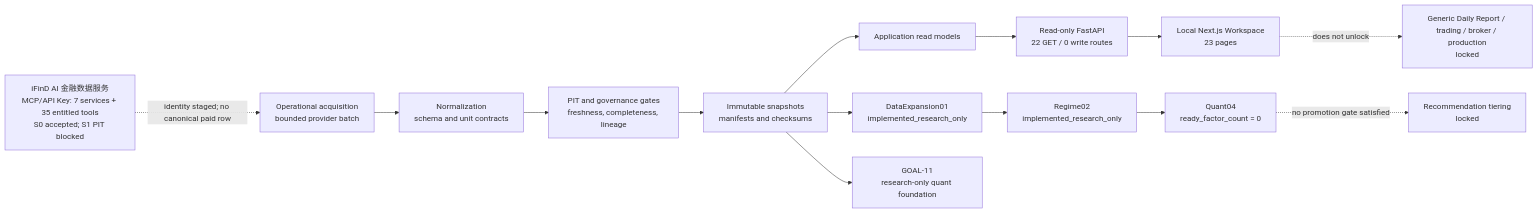
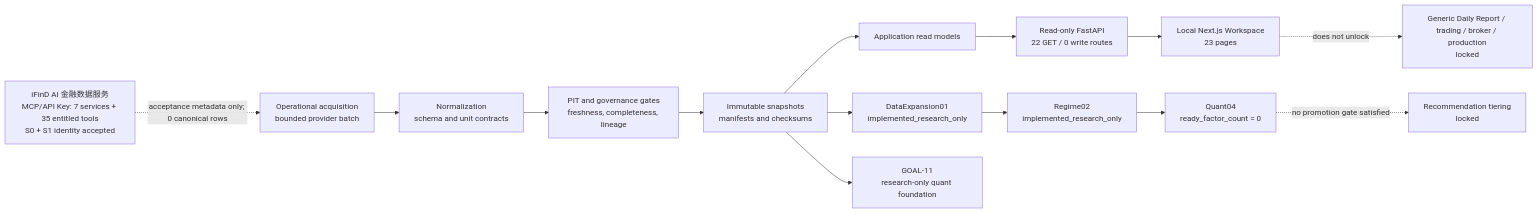
Before and after one commit to RyanLu0203/A_share_premarket_core: the diagram in docs/architecture/CURRENT_SYSTEM_ARCHITECTURE.md, drawn with Mermaid. The commit also changed other lines of this file and 21 other files, not shown here.

Commit message:
feat: accept iFinD identity metadata safely

````diff
--- a/docs/architecture/CURRENT_SYSTEM_ARCHITECTURE.md
+++ b/docs/architecture/CURRENT_SYSTEM_ARCHITECTURE.md
@@ -29,23 +29,23 @@
 ```mermaid
 flowchart LR
     ACQ["Operational acquisition<br/>bounded provider batch"]
     NORM["Normalization<br/>schema and unit contracts"]
     PIT["PIT and governance gates<br/>freshness, completeness, lineage"]
     SNAP["Immutable snapshots<br/>manifests and checksums"]
     READ["Application read models"]
     API["Read-only FastAPI<br/>22 GET / 0 write routes"]
     UI["Local Next.js Workspace<br/>23 pages"]
 
     ACQ --> NORM --> PIT --> SNAP --> READ --> API --> UI
 
-    IFIND["iFinD AI 金融数据服务<br/>MCP/API Key: 7 services + 35 entitled tools<br/>S0 accepted; S1 PIT blocked"]
-    IFIND -. "identity staged; no canonical paid row" .-> ACQ
+    IFIND["iFinD AI 金融数据服务<br/>MCP/API Key: 7 services + 35 entitled tools<br/>S0 + S1 identity accepted"]
+    IFIND -. "acceptance metadata only; 0 canonical rows" .-> ACQ
 
     SNAP --> DE["DataExpansion01<br/>implemented_research_only"]
     DE --> R02["Regime02<br/>implemented_research_only"]
     R02 --> Q04["Quant04<br/>ready_factor_count = 0"]
     SNAP --> G11["GOAL-11<br/>research-only quant foundation"]
 
     Q04 -. "no promotion gate satisfied" .-> REC["Recommendation tiering<br/>locked"]
     UI -. "does not unlock" .-> LOCKS["Generic Daily Report / trading / broker / production<br/>locked"]
 ```
````
